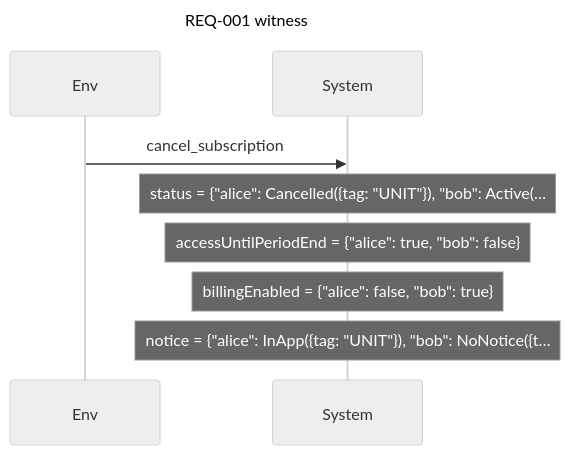
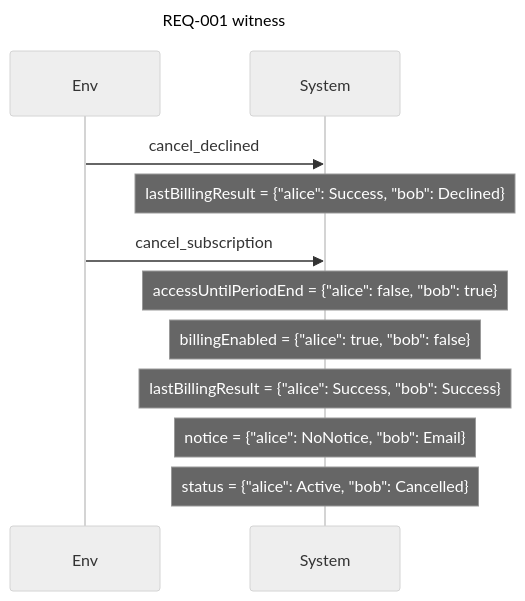
Before and after one commit to AlesKracik/quintessence: the third of 8 diagrams in examples/specs/subscription.readback.md, drawn with Mermaid (neutral theme). The commit also changed other lines of this file and 53 other files, not shown here.

````diff
--- a/examples/specs/subscription.readback.md
+++ b/examples/specs/subscription.readback.md
@@ -267,11 +267,14 @@
 ```mermaid
 sequenceDiagram
     title REQ-001 witness
     participant E as Env
     participant S as System
+    E->>S: cancel_declined
+    Note over S: lastBillingResult = {"alice": Success, "bob": Declined}
     E->>S: cancel_subscription
-    Note over S: status = {"alice": Cancelled({tag: "UNIT"}), "bob": Active(…
-    Note over S: accessUntilPeriodEnd = {"alice": true, "bob": false}
-    Note over S: billingEnabled = {"alice": false, "bob": true}
-    Note over S: notice = {"alice": InApp({tag: "UNIT"}), "bob": NoNotice({t…
+    Note over S: accessUntilPeriodEnd = {"alice": false, "bob": true}
+    Note over S: billingEnabled = {"alice": true, "bob": false}
+    Note over S: lastBillingResult = {"alice": Success, "bob": Success}
+    Note over S: notice = {"alice": NoNotice, "bob": Email}
+    Note over S: status = {"alice": Active, "bob": Cancelled}
 ```
````
